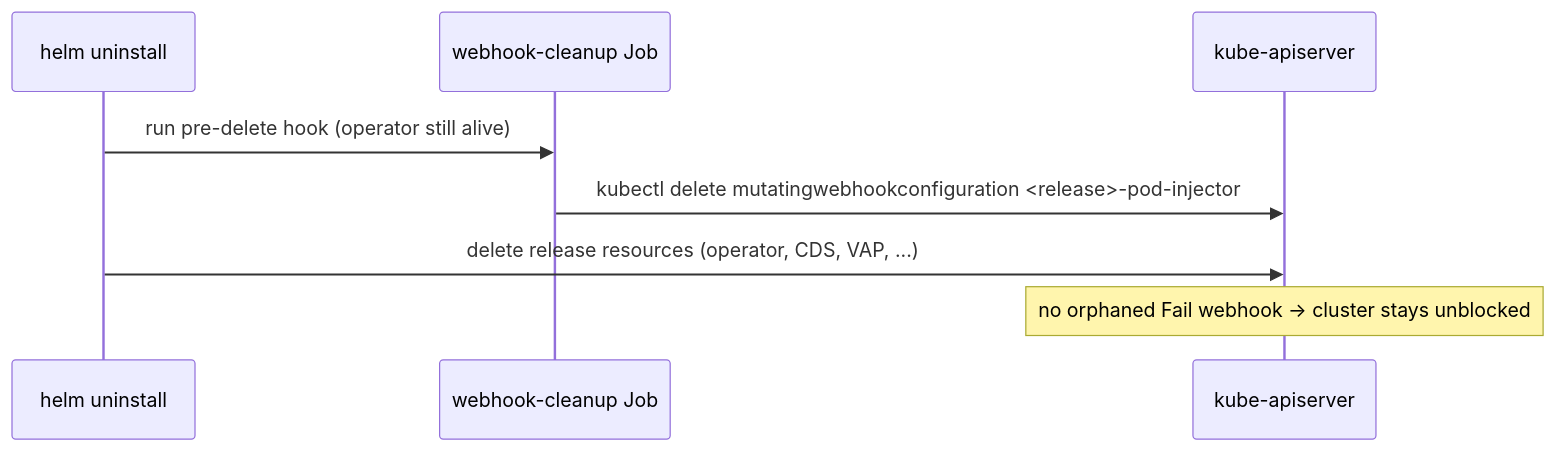
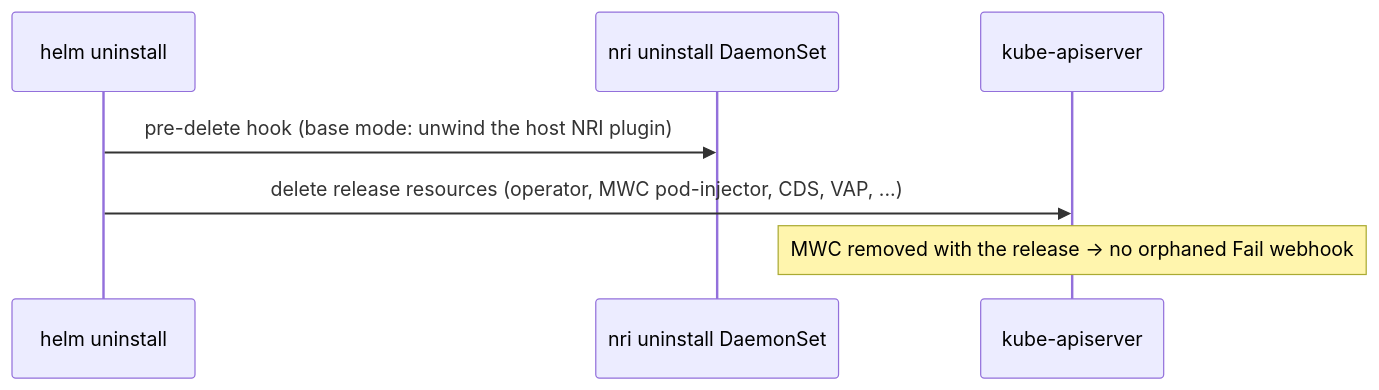
One commit to confidential-dot-ai/c8s changed the sixth of 6 diagrams in docs/install-flows.md. Above: the diagram before and after it, drawn with Mermaid. The commit also changed other lines of this file and 23 other files, not shown here.

First line of the commit message:
fix(docs): correct doc/code drift — webhook lifecycle, TDX policy path, guest-base facts

````diff
--- a/docs/install-flows.md
+++ b/docs/install-flows.md
@@ -300,10 +309,9 @@
 ```mermaid
 sequenceDiagram
     participant Helm as helm uninstall
-    participant Job as webhook-cleanup Job
+    participant DS as nri uninstall DaemonSet
     participant K as kube-apiserver
-    Helm->>Job: run pre-delete hook (operator still alive)
-    Job->>K: kubectl delete mutatingwebhookconfiguration <release>-pod-injector
-    Helm->>K: delete release resources (operator, CDS, VAP, ...)
-    Note over K: no orphaned Fail webhook → cluster stays unblocked
+    Helm->>DS: pre-delete hook (base mode: unwind the host NRI plugin)
+    Helm->>K: delete release resources (operator, MWC pod-injector, CDS, VAP, ...)
+    Note over K: MWC removed with the release → no orphaned Fail webhook
 ```
````
